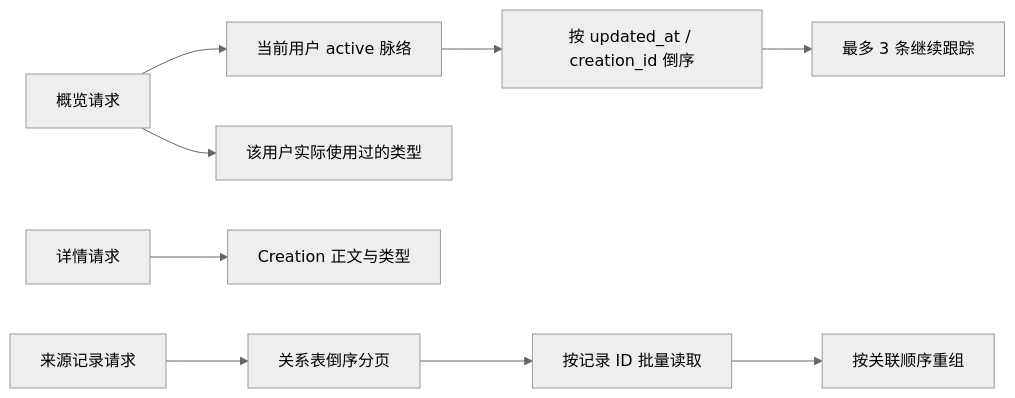
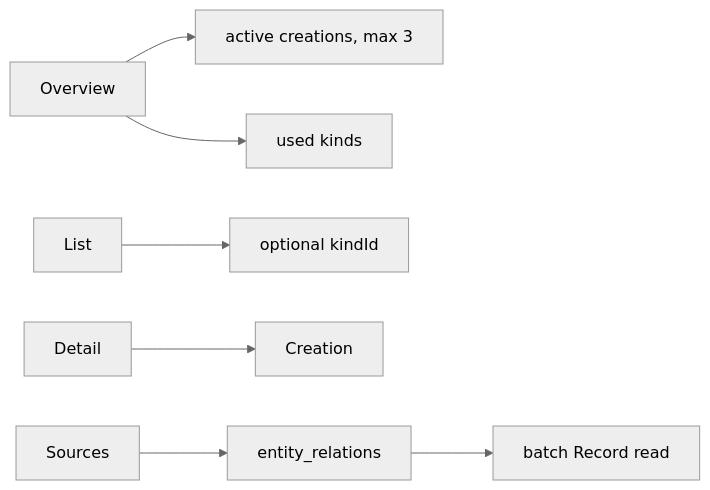
Before and after one commit to huiru-wang/fanto: the diagram in docs/domain/creations.md, drawn with Mermaid (neutral theme). The commit also changed other lines of this file and 28 other files, not shown here.

````diff
--- a/docs/domain/creations.md
+++ b/docs/domain/creations.md
@@ -21,11 +26,9 @@
 ```mermaid
 flowchart LR
-  O[概览请求] --> A[当前用户 active 脉络]
-  A --> B[按 updated_at / creation_id 倒序]
-  B --> C[最多 3 条继续跟踪]
-  O --> D[该用户实际使用过的类型]
-  E[详情请求] --> F[Creation 正文与类型]
-  G[来源记录请求] --> H[关系表倒序分页]
-  H --> I[按记录 ID 批量读取]
-  I --> J[按关联顺序重组]
+  O[Overview] --> A[active creations, max 3]
+  O --> K[used kinds]
+  L[List] --> F[optional kindId]
+  D[Detail] --> C[Creation]
+  S[Sources] --> R[entity_relations]
+  R --> RR[batch Record read]
 ```
````
